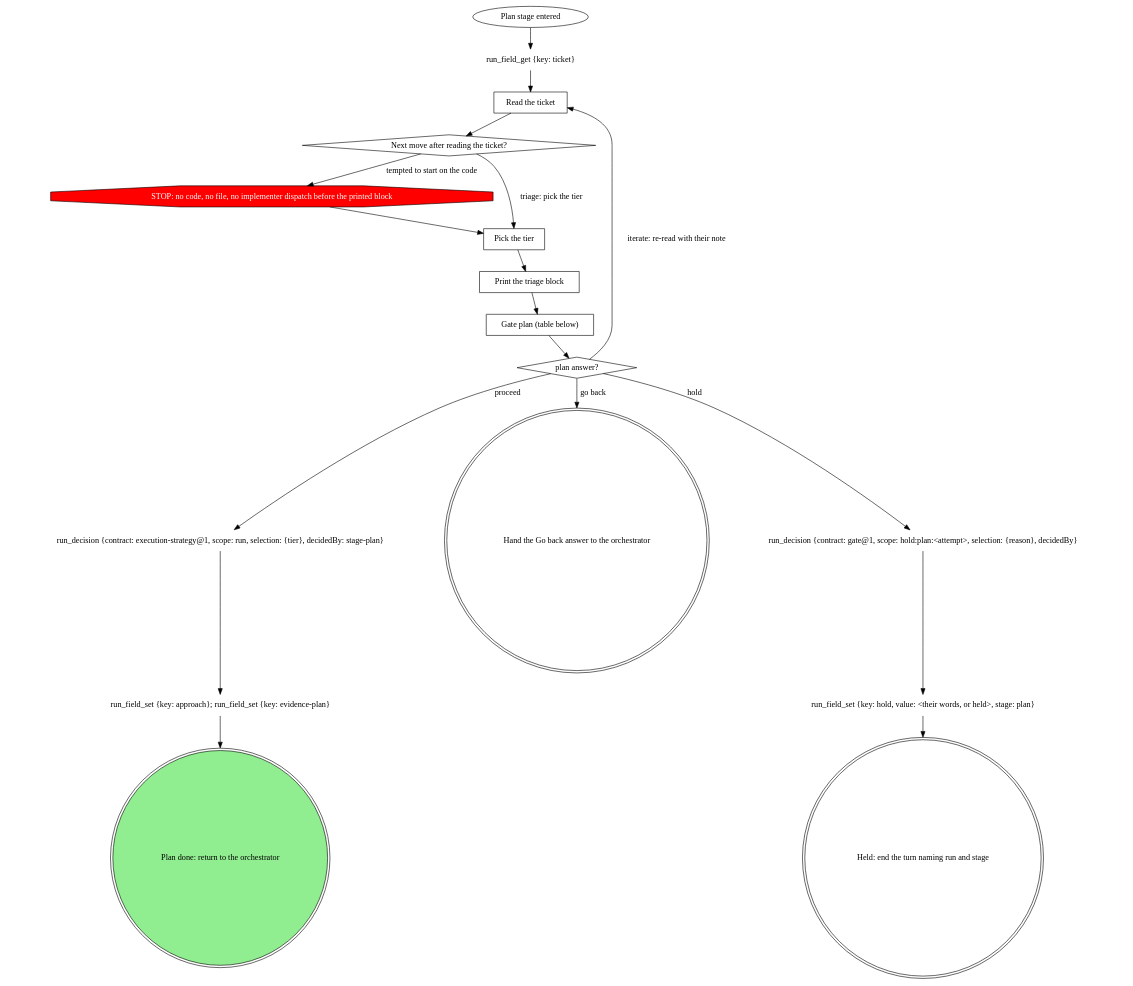
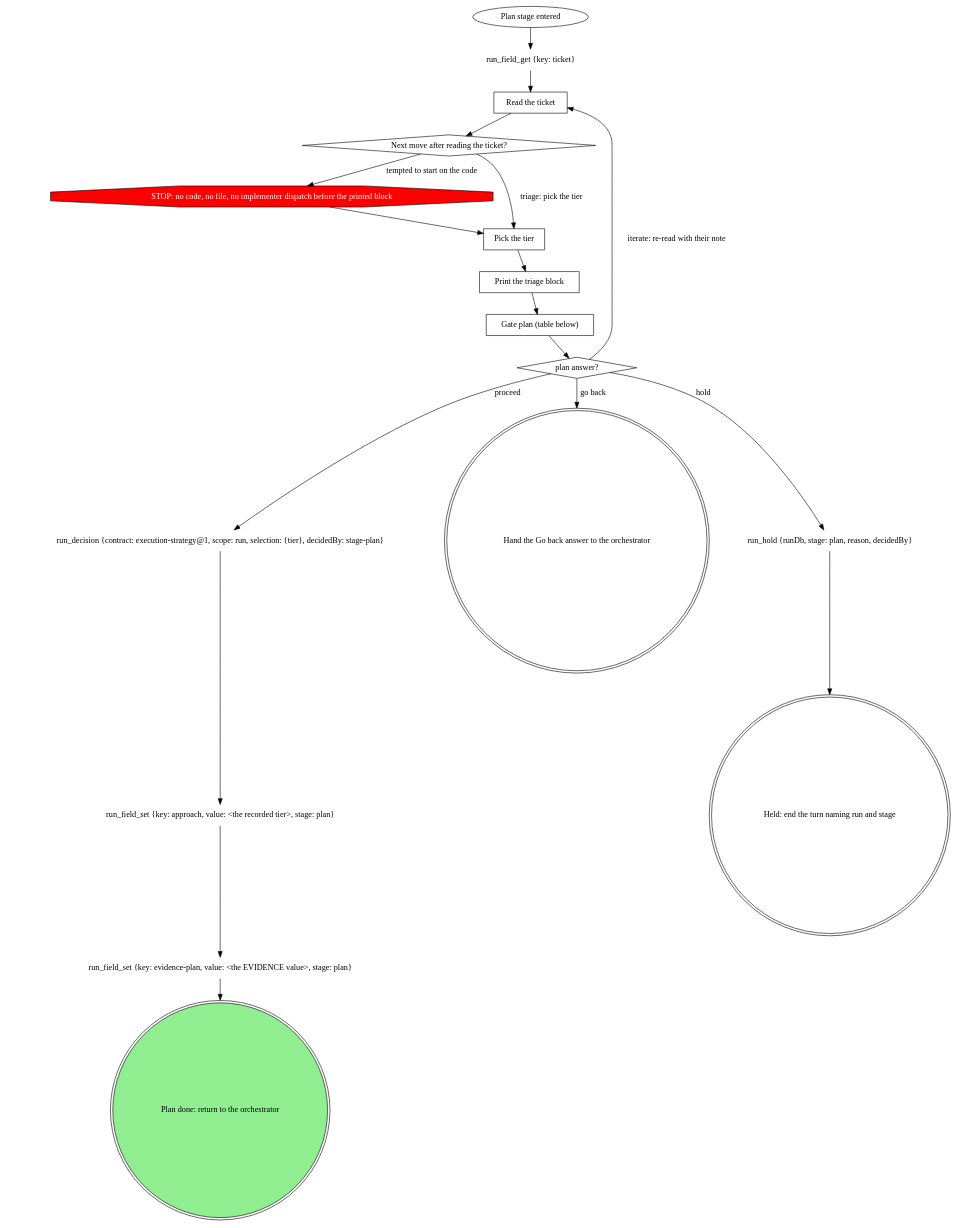
One commit to m4ttstack/mattstack changed the diagram in plugins/mattstack/attachments/pipeline/stage-plan/SKILL.md. Above: the diagram before and after it, drawn with Graphviz. The commit also changed other lines of this file and 4 other files, not shown here.

Commit message:
stages: run_hold, persisted review rounds, one-line run state

````diff
--- a/plugins/mattstack/attachments/pipeline/stage-plan/SKILL.md
+++ b/plugins/mattstack/attachments/pipeline/stage-plan/SKILL.md
@@ -24,40 +22,40 @@
 ```dot
 digraph plan {
     rankdir=TB;
 
     "Plan stage entered" [shape=ellipse];
     "run_field_get {key: ticket}" [shape=plaintext];
     "Read the ticket" [shape=box];
     "Next move after reading the ticket?" [shape=diamond];
     "STOP: no code, no file, no implementer dispatch before the printed block" [shape=octagon style=filled fillcolor=red fontcolor=white];
     "Pick the tier" [shape=box];
     "Print the triage block" [shape=box];
     "Gate plan (table below)" [shape=box];
     "plan answer?" [shape=diamond];
     "run_decision {contract: execution-strategy@1, scope: run, selection: {tier}, decidedBy: stage-plan}" [shape=plaintext];
-    "run_field_set {key: approach}; run_field_set {key: evidence-plan}" [shape=plaintext];
+    "run_field_set {key: approach, value: <the recorded tier>, stage: plan}" [shape=plaintext];
+    "run_field_set {key: evidence-plan, value: <the EVIDENCE value>, stage: plan}" [shape=plaintext];
     "Hand the Go back answer to the orchestrator" [shape=doublecircle];
-    "run_decision {contract: gate@1, scope: hold:plan:<attempt>, selection: {reason}, decidedBy}" [shape=plaintext];
-    "run_field_set {key: hold, value: <their words, or held>, stage: plan}" [shape=plaintext];
+    "run_hold {runDb, stage: plan, reason, decidedBy}" [shape=plaintext];
     "Held: end the turn naming run and stage" [shape=doublecircle];
     "Plan done: return to the orchestrator" [shape=doublecircle style=filled fillcolor=lightgreen];
 
     "Plan stage entered" -> "run_field_get {key: ticket}";
     "run_field_get {key: ticket}" -> "Read the ticket";
     "Read the ticket" -> "Next move after reading the ticket?";
     "Next move after reading the ticket?" -> "Pick the tier" [label="triage: pick the tier"];
     "Next move after reading the ticket?" -> "STOP: no code, no file, no implementer dispatch before the printed block" [label="tempted to start on the code"];
     "STOP: no code, no file, no implementer dispatch before the printed block" -> "Pick the tier";
     "Pick the tier" -> "Print the triage block";
     "Print the triage block" -> "Gate plan (table below)";
     "Gate plan (table below)" -> "plan answer?";
     "plan answer?" -> "run_decision {contract: execution-strategy@1, scope: run, selection: {tier}, decidedBy: stage-plan}" [label="proceed"];
     "plan answer?" -> "Read the ticket" [label="iterate: re-read with their note"];
     "plan answer?" -> "Hand the Go back answer to the orchestrator" [label="go back"];
-    "plan answer?" -> "run_decision {contract: gate@1, scope: hold:plan:<attempt>, selection: {reason}, decidedBy}" [label="hold"];
-    "run_decision {contract: gate@1, scope: hold:plan:<attempt>, selection: {reason}, decidedBy}" -> "run_field_set {key: hold, value: <their words, or held>, stage: plan}";
-    "run_field_set {key: hold, value: <their words, or held>, stage: plan}" -> "Held: end the turn naming run and stage";
-    "run_decision {contract: execution-strategy@1, scope: run, selection: {tier}, decidedBy: stage-plan}" -> "run_field_set {key: approach}; run_field_set {key: evidence-plan}";
-    "run_field_set {key: approach}; run_field_set {key: evidence-plan}" -> "Plan done: return to the orchestrator";
+    "plan answer?" -> "run_hold {runDb, stage: plan, reason, decidedBy}" [label="hold"];
+    "run_hold {runDb, stage: plan, reason, decidedBy}" -> "Held: end the turn naming run and stage";
+    "run_decision {contract: execution-strategy@1, scope: run, selection: {tier}, decidedBy: stage-plan}" -> "run_field_set {key: approach, value: <the recorded tier>, stage: plan}";
+    "run_field_set {key: approach, value: <the recorded tier>, stage: plan}" -> "run_field_set {key: evidence-plan, value: <the EVIDENCE value>, stage: plan}";
+    "run_field_set {key: evidence-plan, value: <the EVIDENCE value>, stage: plan}" -> "Plan done: return to the orchestrator";
 }
 ```
````
